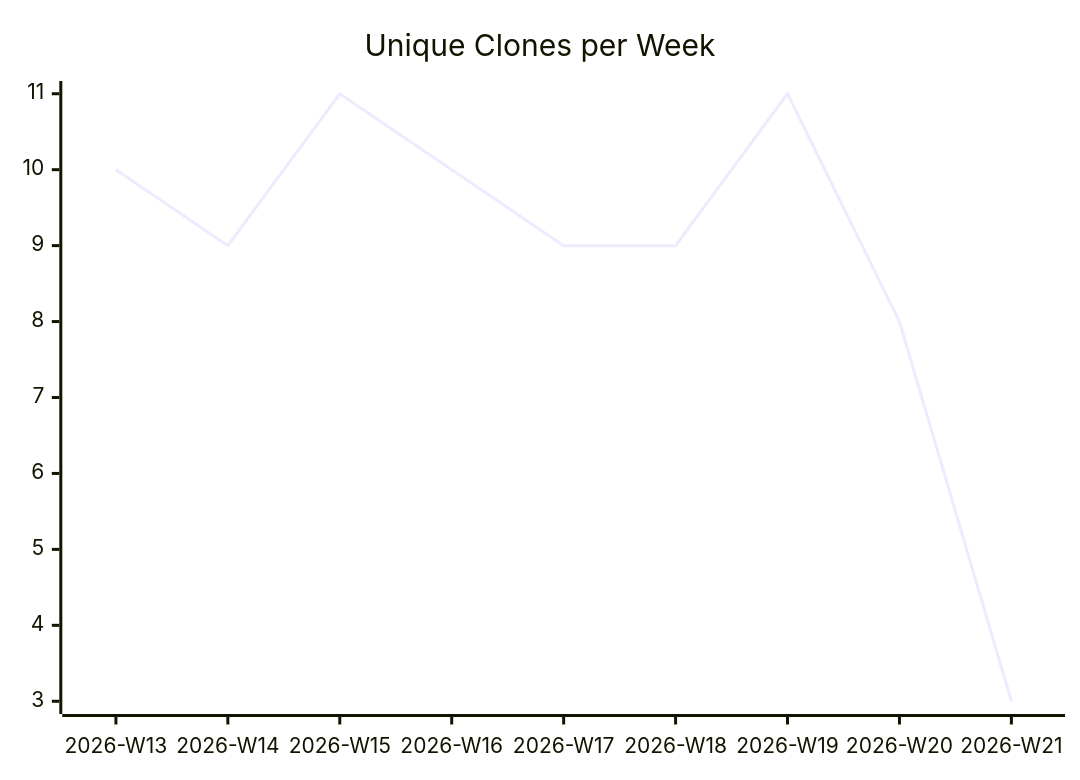
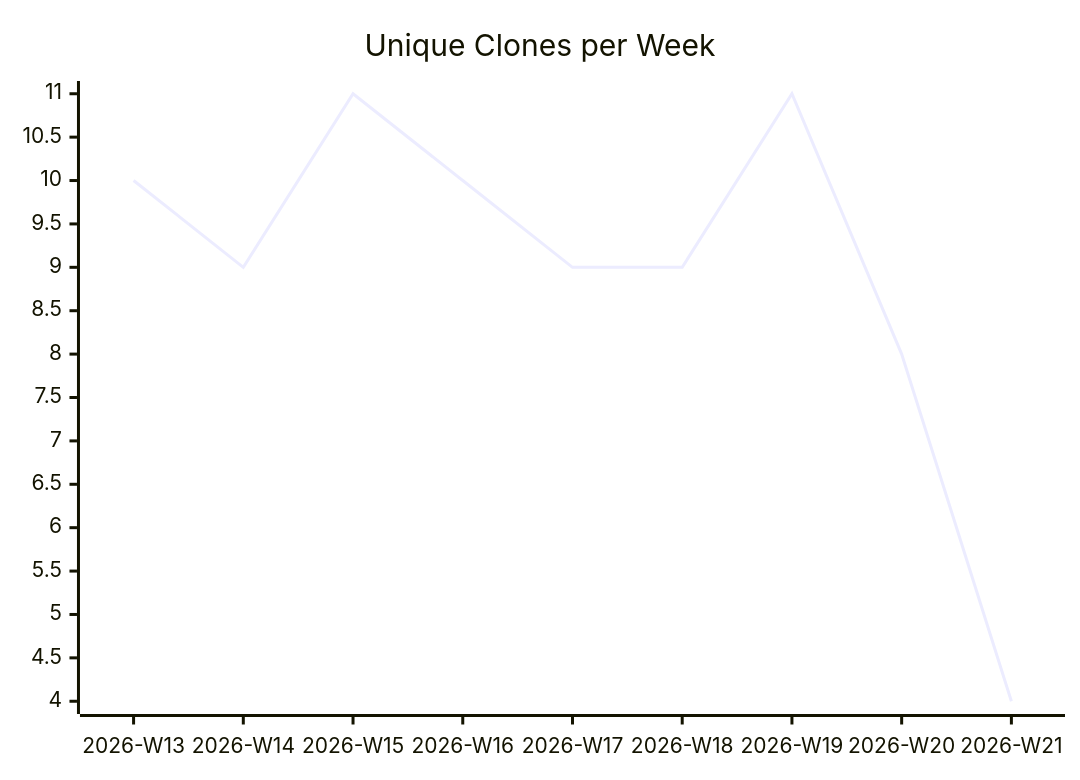
The third of 3 diagrams in karlmdavis/usgs-water-api-java/README.md (justdavis-family/github-analytics-data), drawn with Mermaid before and after one commit. The commit also changed other lines of this file and 190 other files, not shown here.

````diff
--- a/karlmdavis/usgs-water-api-java/README.md
+++ b/karlmdavis/usgs-water-api-java/README.md
@@ -19,6 +19,6 @@
 ```mermaid
 xychart-beta
   title "Unique Clones per Week"
   x-axis ["2026-W13", "2026-W14", "2026-W15", "2026-W16", "2026-W17", "2026-W18", "2026-W19", "2026-W20", "2026-W21"]
-  line [10, 9, 11, 10, 9, 9, 11, 8, 3]
+  line [10, 9, 11, 10, 9, 9, 11, 8, 4]
 ```
````
